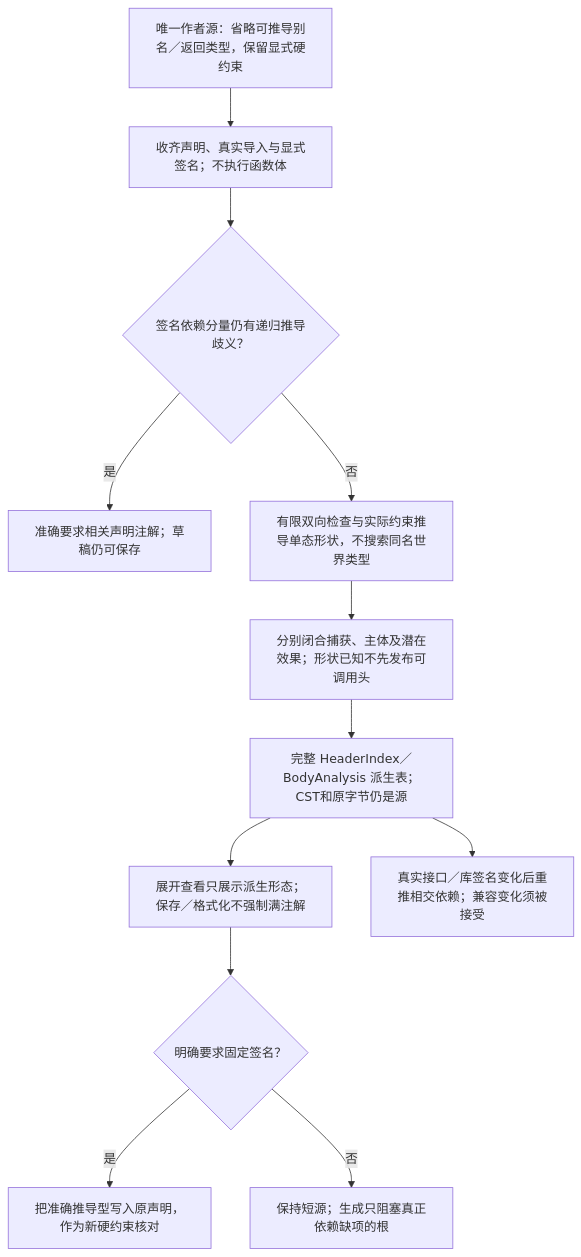
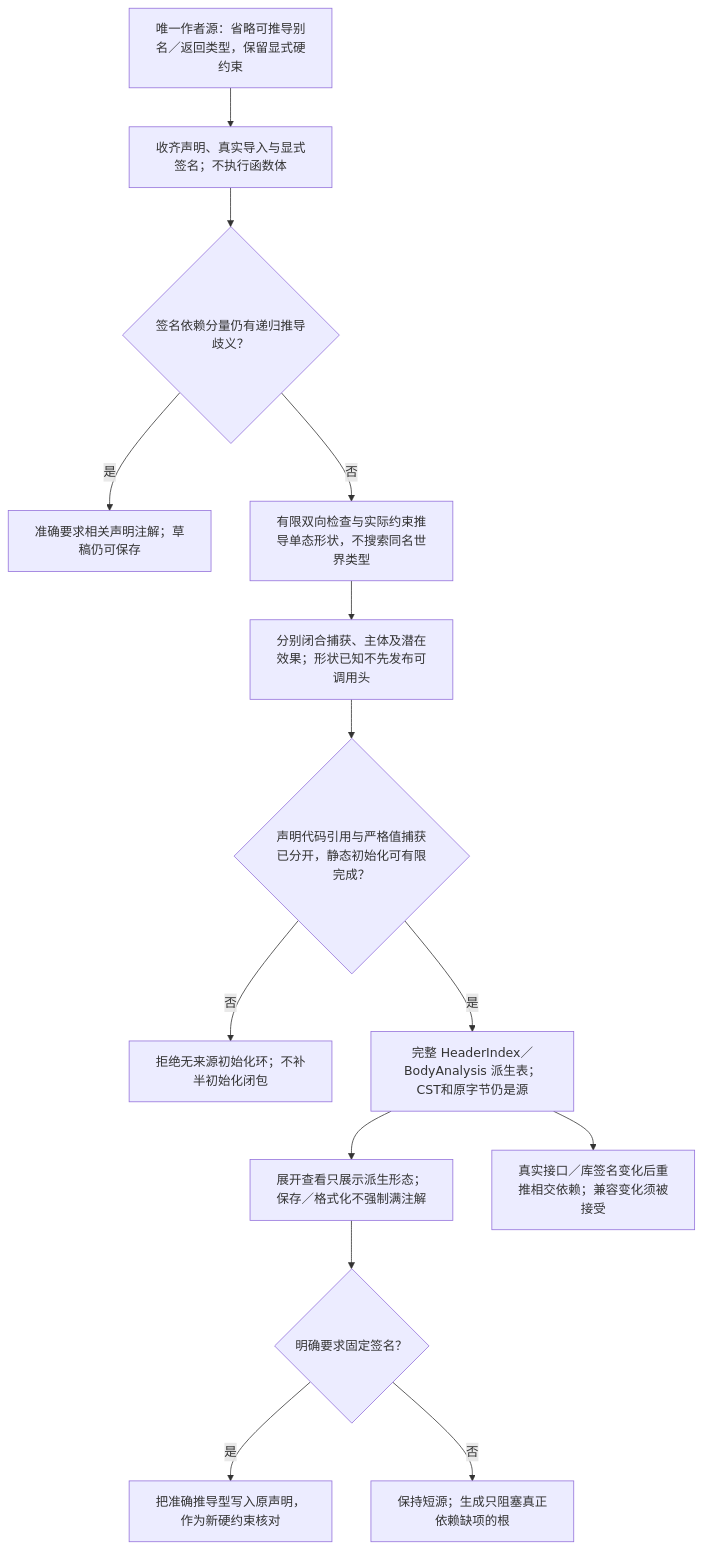
The first of 3 diagrams in docs/领域/计算基础/紧凑表示与程序范式.md (sec-platform/sec), drawn with Mermaid before and after one commit. The commit also changed other lines of this file and 12 other files, not shown here.

````diff
--- a/docs/领域/计算基础/紧凑表示与程序范式.md
+++ b/docs/领域/计算基础/紧凑表示与程序范式.md
@@ -60,14 +62,16 @@
 ```mermaid
 flowchart TB
   concise["唯一作者源：省略可推导别名／返回类型，保留显式硬约束"] --> collect["收齐声明、真实导入与显式签名；不执行函数体"]
   collect --> scc{"签名依赖分量仍有递归推导歧义？"}
   scc -->|是| annotation["准确要求相关声明注解；草稿仍可保存"]
   scc -->|否| infer["有限双向检查与实际约束推导单态形状，不搜索同名世界类型"]
   infer --> effects["分别闭合捕获、主体及潜在效果；形状已知不先发布可调用头"]
-  effects --> checked["完整 HeaderIndex／BodyAnalysis 派生表；CST和原字节仍是源"]
+  effects --> initialized{"声明代码引用与严格值捕获已分开，静态初始化可有限完成？"}
+  initialized -->|否| cycle["拒绝无来源初始化环；不补半初始化闭包"]
+  initialized -->|是| checked["完整 HeaderIndex／BodyAnalysis 派生表；CST和原字节仍是源"]
   checked --> inspect["展开查看只展示派生形态；保存／格式化不强制满注解"]
   inspect --> fix{"明确要求固定签名？"}
   fix -->|是| write["把准确推导型写入原声明，作为新硬约束核对"]
   fix -->|否| keep["保持短源；生成只阻塞真正依赖缺项的根"]
   checked --> change["真实接口／库签名变化后重推相交依赖；兼容变化须被接受"]
 ```
````
